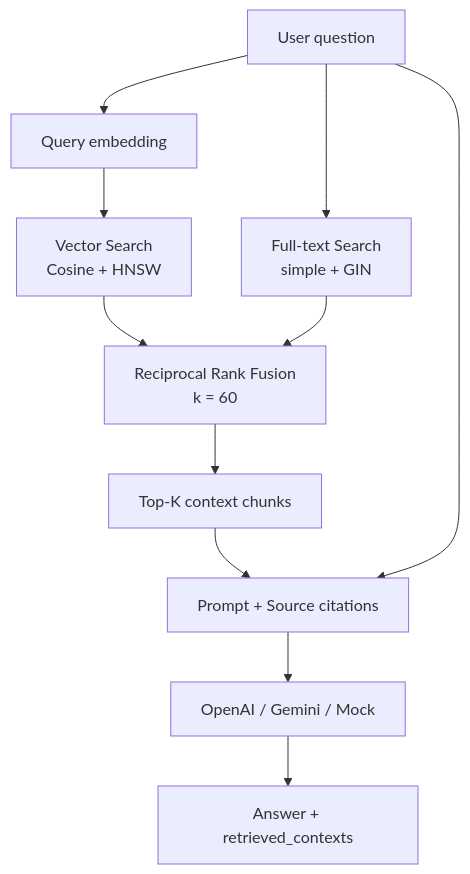
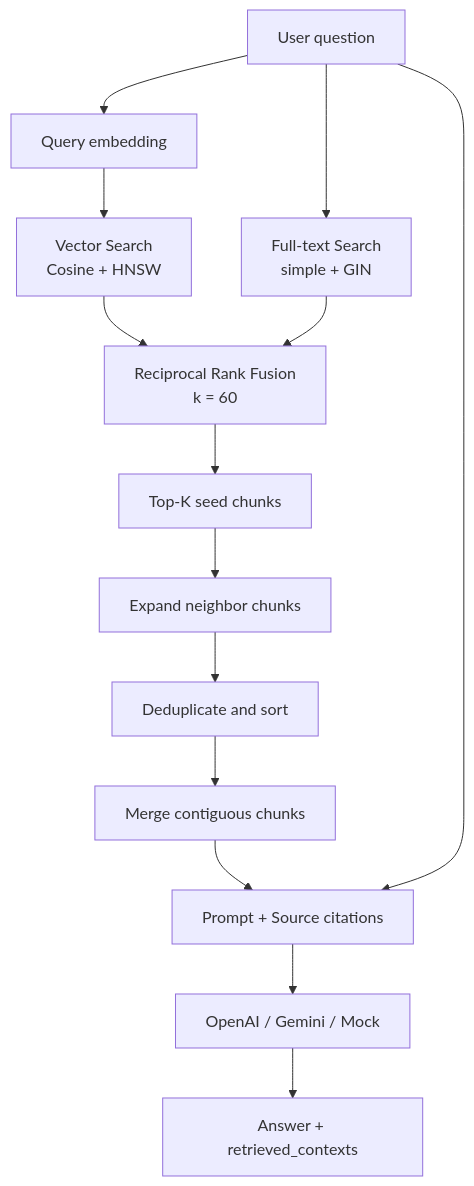
Before and after one commit to NDQuynh259/ragflow-api: the fifth of 7 diagrams in docs/RAG_Architecture_Design.md, drawn with Mermaid. The commit also changed other lines of this file, not shown here.

Commit message:
feat: Update architecture design document with new version and detailed ingestion/query pipeline

````diff
--- a/docs/RAG_Architecture_Design.md
+++ b/docs/RAG_Architecture_Design.md
@@ -172,23 +209,29 @@
 ```mermaid
 flowchart TB
     Q[User question]
     QE[Query embedding]
     VS[Vector Search<br/>Cosine + HNSW]
     FTS[Full-text Search<br/>simple + GIN]
     RRF[Reciprocal Rank Fusion<br/>k = 60]
-    Context[Top-K context chunks]
+    TopK[Top-K seed chunks]
+    Neighbor[Expand neighbor chunks]
+    Deduplicate[Deduplicate and sort]
+    Merge[Merge contiguous chunks]
     Prompt[Prompt + Source citations]
     LLM[OpenAI / Gemini / Mock]
     Answer[Answer + retrieved_contexts]
 
     Q --> QE
     QE --> VS
     Q --> FTS
     VS --> RRF
     FTS --> RRF
-    RRF --> Context
-    Context --> Prompt
+    RRF --> TopK
+    TopK --> Neighbor
+    Neighbor --> Deduplicate
+    Deduplicate --> Merge
+    Merge --> Prompt
     Q --> Prompt
     Prompt --> LLM
     LLM --> Answer
 ```
````
